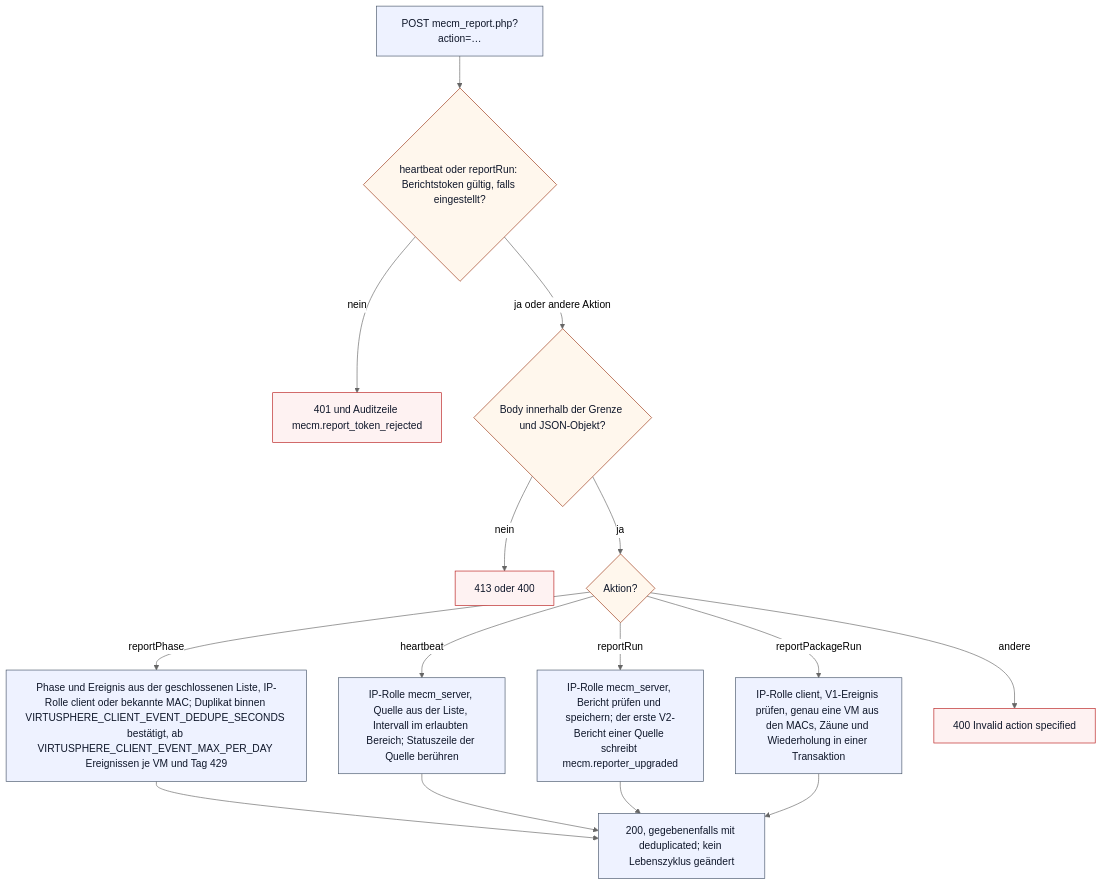
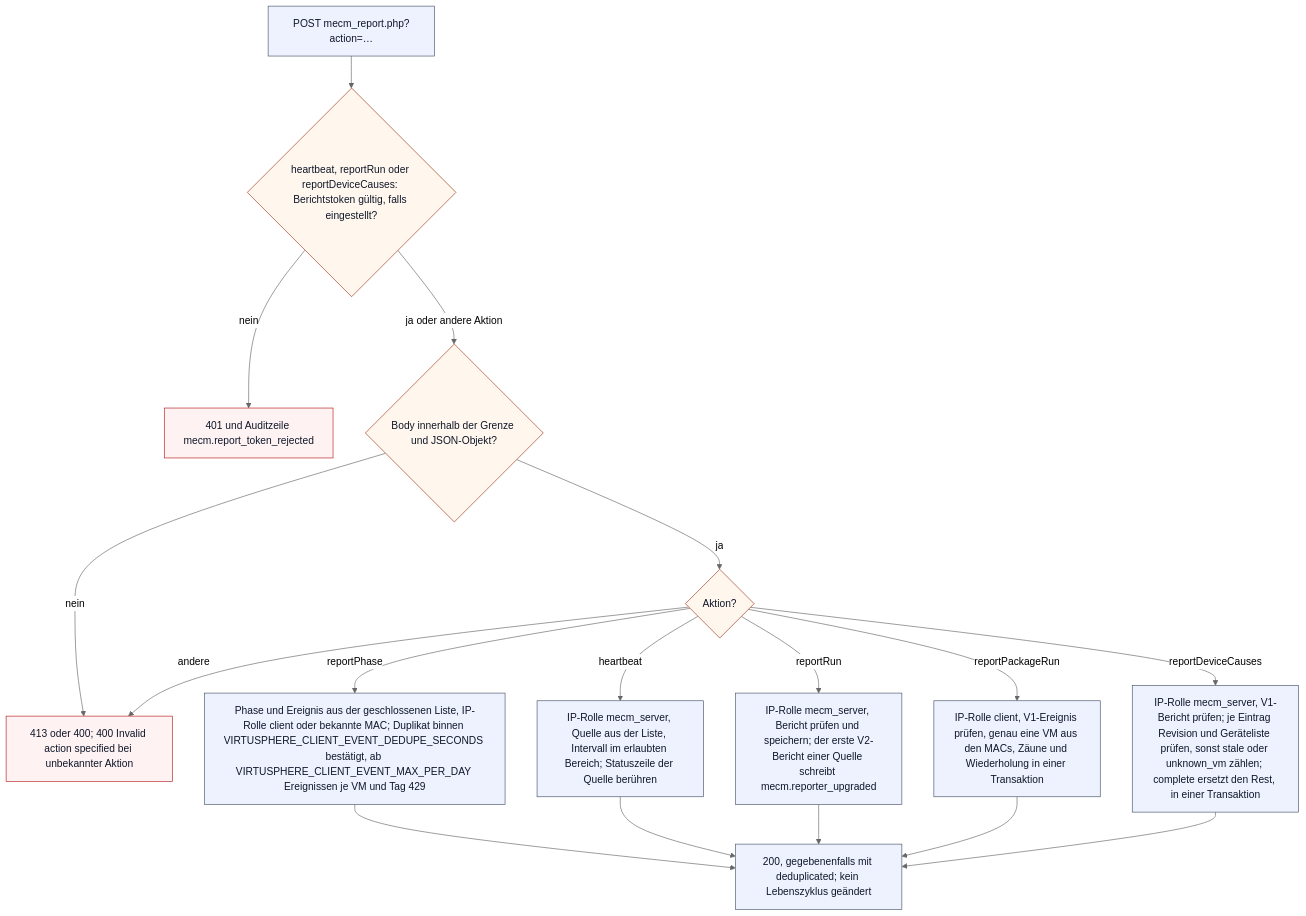
Before and after one commit to Samy94M/VirtuSphere-v2-WebApp: the fourth of 5 diagrams in docs/operations/machine-api-flows.md, drawn with Mermaid (neutral theme). The commit also changed other lines of this file and 23 other files, not shown here.

First line of the commit message:
Accept per-VM device-sync causes through reportDeviceCauses (MX1-C1)

````diff
--- a/docs/operations/machine-api-flows.md
+++ b/docs/operations/machine-api-flows.md
@@ -110,23 +111,25 @@
 ```mermaid
 flowchart TD
-    post["POST mecm_report.php?action=…"] --> token{"heartbeat oder reportRun: Berichtstoken gültig, falls eingestellt?"}
+    post["POST mecm_report.php?action=…"] --> token{"heartbeat, reportRun oder reportDeviceCauses: Berichtstoken gültig, falls eingestellt?"}
     token -->|nein| denied["401 und Auditzeile mecm.report_token_rejected"]
     token -->|ja oder andere Aktion| body{"Body innerhalb der Grenze und JSON-Objekt?"}
-    body -->|nein| bad["413 oder 400"]
+    body -->|nein| bad["413 oder 400; 400 Invalid action specified bei unbekannter Aktion"]
     body -->|ja| action{"Aktion?"}
     action -->|reportPhase| phase["Phase und Ereignis aus der geschlossenen Liste, IP-Rolle client oder bekannte MAC; Duplikat binnen VIRTUSPHERE_CLIENT_EVENT_DEDUPE_SECONDS bestätigt, ab VIRTUSPHERE_CLIENT_EVENT_MAX_PER_DAY Ereignissen je VM und Tag 429"]
     action -->|heartbeat| beat["IP-Rolle mecm_server, Quelle aus der Liste, Intervall im erlaubten Bereich; Statuszeile der Quelle berühren"]
     action -->|reportRun| run["IP-Rolle mecm_server, Bericht prüfen und speichern; der erste V2-Bericht einer Quelle schreibt mecm.reporter_upgraded"]
     action -->|reportPackageRun| pkg["IP-Rolle client, V1-Ereignis prüfen, genau eine VM aus den MACs, Zäune und Wiederholung in einer Transaktion"]
-    action -->|andere| unknown["400 Invalid action specified"]
+    action -->|reportDeviceCauses| causes["IP-Rolle mecm_server, V1-Bericht prüfen; je Eintrag Revision und Geräteliste prüfen, sonst stale oder unknown_vm zählen; complete ersetzt den Rest, in einer Transaktion"]
+    action -->|andere| bad
     phase --> ok["200, gegebenenfalls mit deduplicated; kein Lebenszyklus geändert"]
     beat --> ok
     run --> ok
     pkg --> ok
+    causes --> ok
     classDef step fill:#eef2ff,stroke:#475569,color:#0f172a;
     classDef decision fill:#fff7ed,stroke:#9a3412,color:#0f172a;
     classDef blocked fill:#fef2f2,stroke:#b91c1c,color:#0f172a;
-    class post,phase,beat,run,pkg,ok step;
+    class post,phase,beat,run,pkg,causes,ok step;
     class token,action,body decision;
-    class denied,bad,unknown blocked;
+    class denied,bad blocked;
 ```
````
